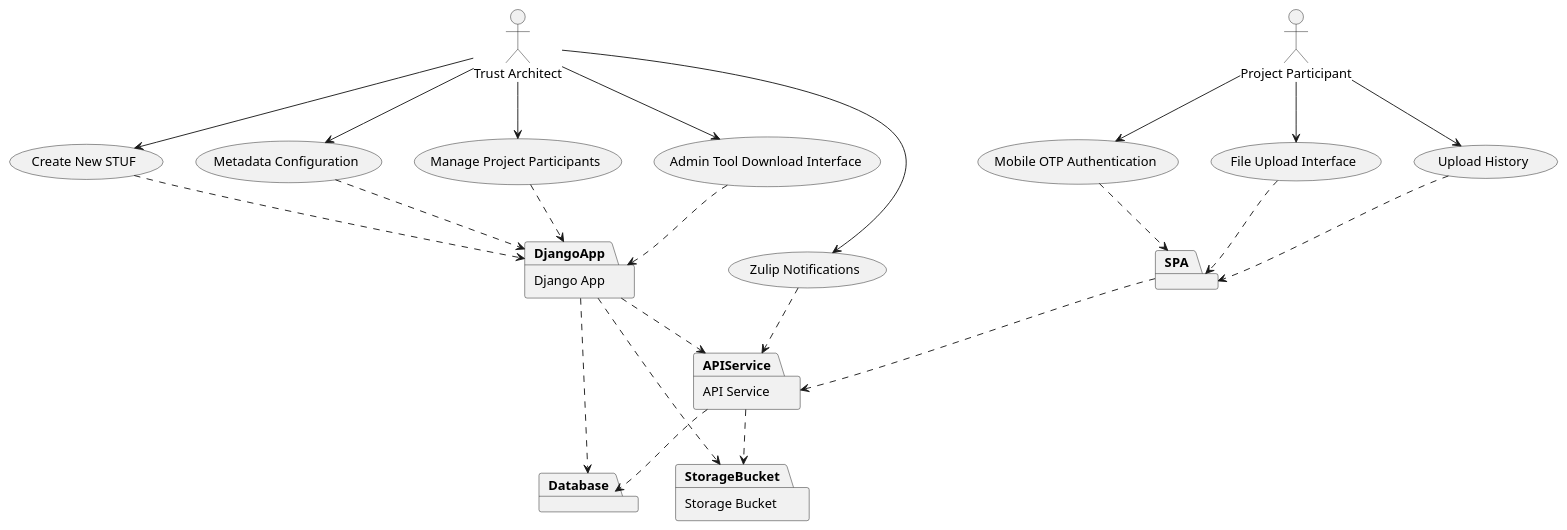
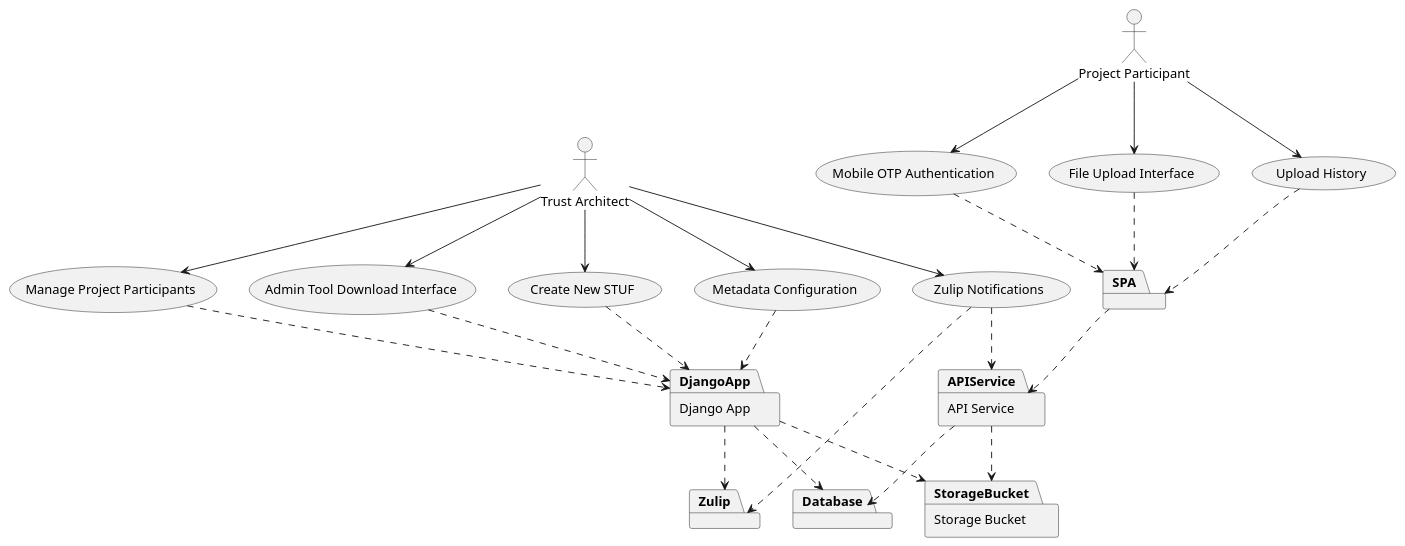
Before and after one commit to pyx-industries/stuf: the diagram in docs/img/stuf_use_case_diagram.puml, drawn with PlantUML.

Commit message:
docs: update use case diagram with Zulip dependencies

```diff
--- a/docs/img/stuf_use_case_diagram.puml
+++ b/docs/img/stuf_use_case_diagram.puml
@@ -1,64 +1,69 @@
 @startuml stuf_use_case_diagram
 
 ' Actors
 actor "Trust Architect" as TA
 actor "Project Participant" as PP
 
 ' Components as subsystems
 package "Django App" as DjangoApp {
 }
 
 package "API Service" as APIService {
 }
 
 package "SPA" as SPA {
 }
 
 package "Storage Bucket" as StorageBucket {
 }
 
 package "Database" as Database {
 }
 
 ' Use cases - one per epic
 usecase "Create New STUF" as UC1
 usecase "Mobile OTP Authentication" as UC2
 usecase "Metadata Configuration" as UC3
 usecase "File Upload Interface" as UC4
 usecase "Manage Project Participants" as UC5
 usecase "Admin Tool Download Interface" as UC6
 usecase "Upload History" as UC7
 usecase "Zulip Notifications" as UC8
 
 ' Relationships between actors and use cases
 TA --> UC1
 TA --> UC3
 TA --> UC5
 TA --> UC6
 TA --> UC8
 
 PP --> UC2
 PP --> UC4
 PP --> UC7
 
 ' Component interactions
 UC1 ..> DjangoApp
 UC3 ..> DjangoApp
 UC5 ..> DjangoApp
 UC6 ..> DjangoApp
 
 UC2 ..> SPA
 UC4 ..> SPA
 UC7 ..> SPA
 UC8 ..> APIService
 
 ' Component dependencies
 DjangoApp ..> Database
 DjangoApp ..> StorageBucket
-DjangoApp ..> APIService
+
+package "Zulip" as Zulip {
+}
+
+UC8 ..> Zulip
+DjangoApp ..> Zulip
 
 SPA ..> APIService
 APIService ..> StorageBucket
 APIService ..> Database
 
 @enduml
```
